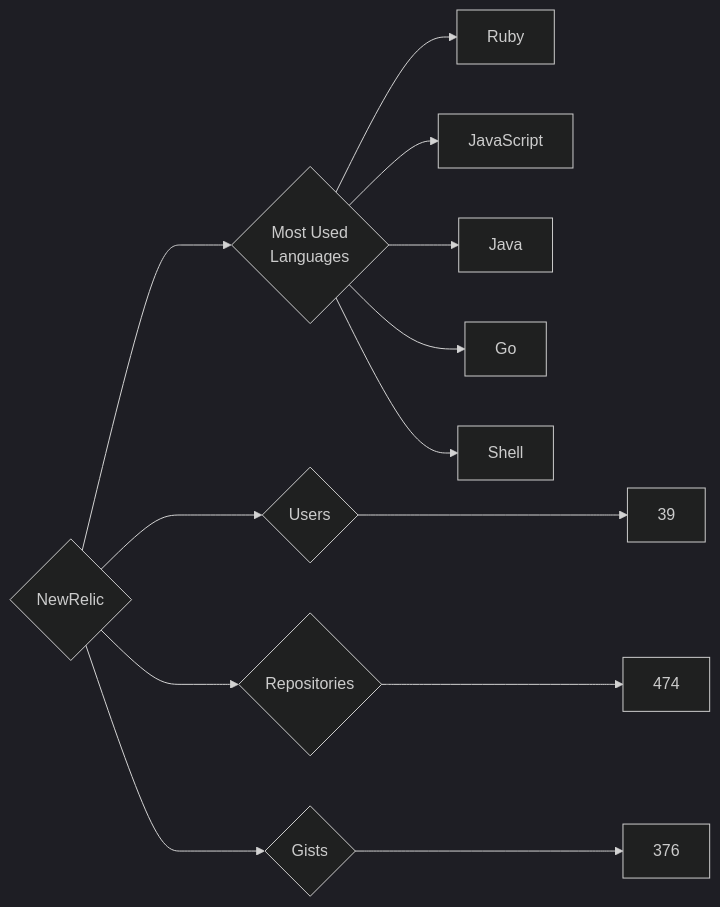
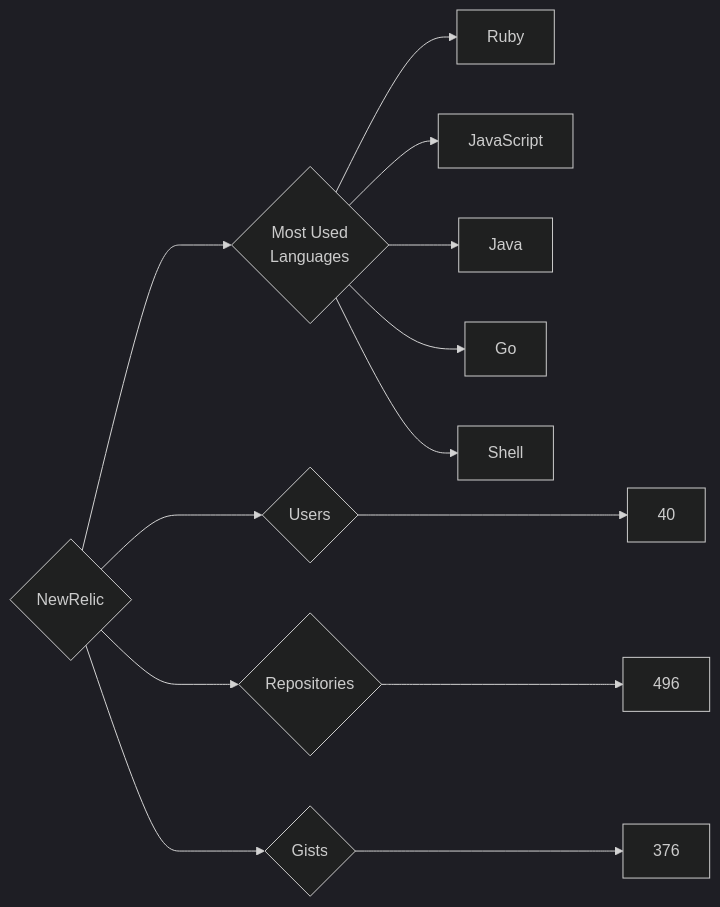
The diagram in targets/NewRelic/README.md (trickest/insiders), drawn with Mermaid (dark theme) before and after one commit. The commit also changed 823 other files, not shown here.

````diff
--- a/targets/NewRelic/README.md
+++ b/targets/NewRelic/README.md
@@ -3,13 +3,13 @@
 ```mermaid
 graph LR
 COMPANY_NAME{NewRelic}
-COMPANY_NAME ---> U{Users} ---> UN[39]
-COMPANY_NAME ---> R{Repositories} ---> RN[474]
+COMPANY_NAME ---> U{Users} ---> UN[40]
+COMPANY_NAME ---> R{Repositories} ---> RN[496]
 COMPANY_NAME ---> G{Gists} ---> GN[376]
 COMPANY_NAME ---> ML{Most Used<br>Languages}
 ML --> Ruby[Ruby]
 ML --> JavaScript[JavaScript]
 ML --> Java[Java]
 ML --> Go[Go]
 ML --> Shell[Shell]
 ```
````
